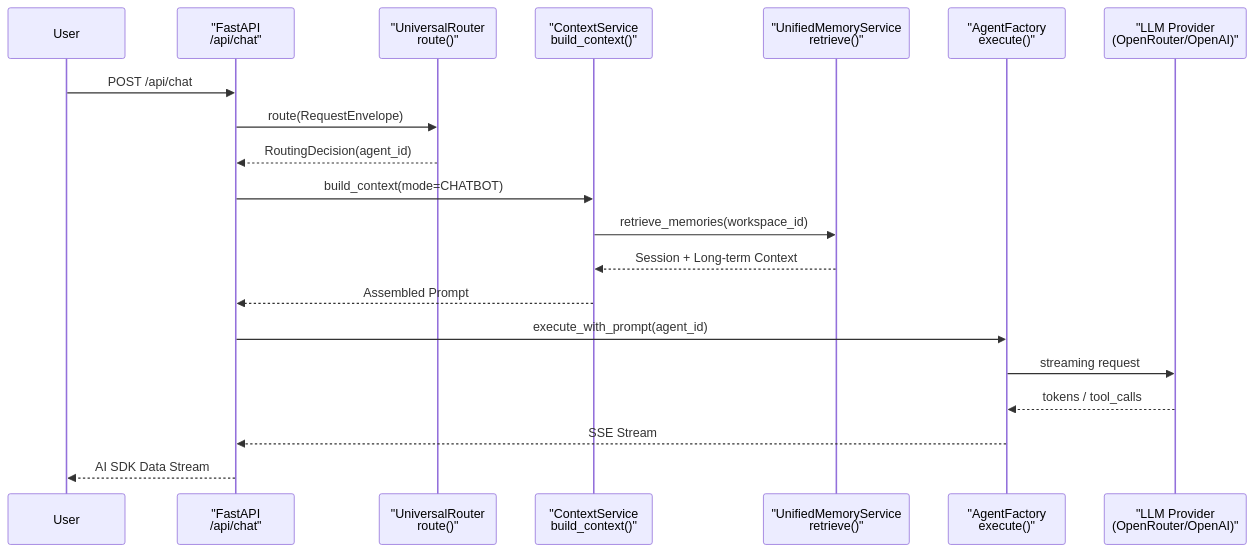
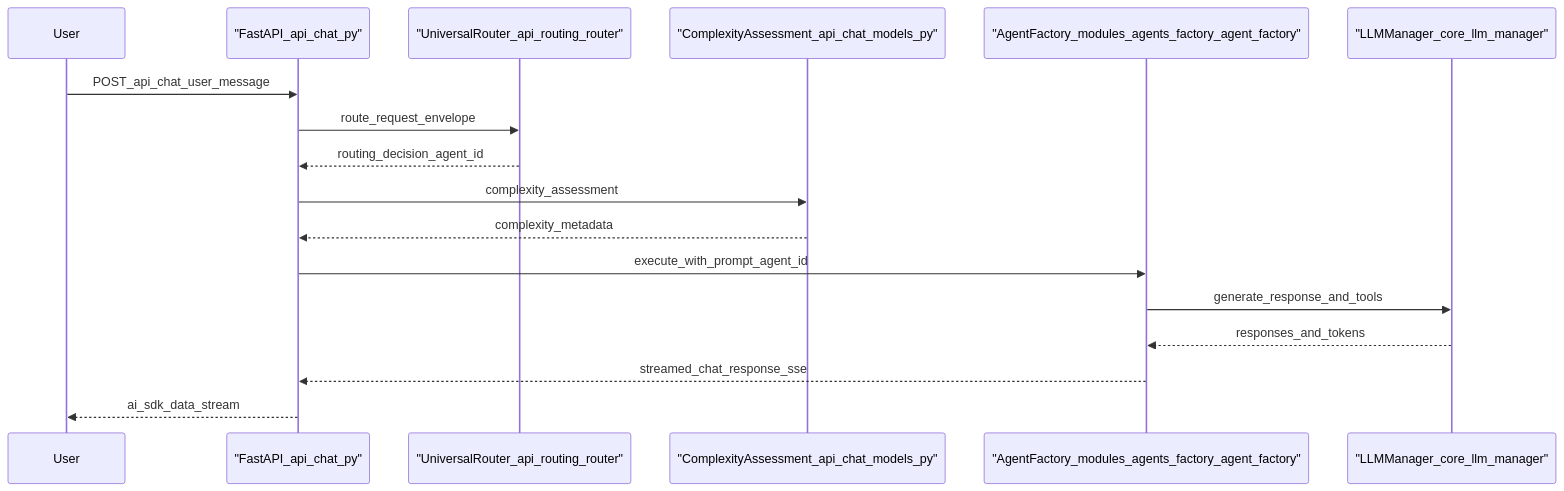
The second of 2 diagrams in docs/overview/_index.md (AutomatosAI/automatos-ai), drawn with Mermaid before and after one commit. The commit also changed other lines of this file and 188 other files, not shown here.

First line of the commit message:
docs: refresh architecture docs and add coverage for new subsystems (#1416)

````diff
--- a/docs/overview/_index.md
+++ b/docs/overview/_index.md
@@ -147,26 +156,20 @@
 ```mermaid
 sequenceDiagram
     participant User
-    participant API as "FastAPI<br/>/api/chat"
-    participant Router as "UniversalRouter<br/>route()"
-    participant Context as "ContextService<br/>build_context()"
-    participant UMS as "UnifiedMemoryService<br/>retrieve()"
-    participant Factory as "AgentFactory<br/>execute()"
-    participant LLM as "LLM Provider<br/>(OpenRouter/OpenAI)"
+    participant API as "FastAPI_api_chat_py"
+    participant Router as "UniversalRouter_api_routing_router"
+    participant AutoBrain as "ComplexityAssessment_api_chat_models_py"
+    participant AgentFactory as "AgentFactory_modules_agents_factory_agent_factory"
+    participant LLMManager as "LLMManager_core_llm_manager"
     
-    User->>API: POST /api/chat
-    
-    API->>Router: route(RequestEnvelope)
-    Router-->>API: RoutingDecision(agent_id)
-    
-    API->>Context: build_context(mode=CHATBOT)
-    Context->>UMS: retrieve_memories(workspace_id)
-    UMS-->>Context: Session + Long-term Context
-    Context-->>API: Assembled Prompt
-    
-    API->>Factory: execute_with_prompt(agent_id)
-    Factory->>LLM: streaming request
-    LLM-->>Factory: tokens / tool_calls
-    Factory-->>API: SSE Stream
-    API-->>User: AI SDK Data Stream
+    User->>API: POST_api_chat_user_message
+    API->>Router: route_request_envelope
+    Router-->>API: routing_decision_agent_id
+    API->>AutoBrain: complexity_assessment
+    AutoBrain-->>API: complexity_metadata
+    API->>AgentFactory: execute_with_prompt_agent_id
+    AgentFactory->>LLMManager: generate_response_and_tools
+    LLMManager-->>AgentFactory: responses_and_tokens
+    AgentFactory-->>API: streamed_chat_response_sse
+    API-->>User: ai_sdk_data_stream
 ```
````
